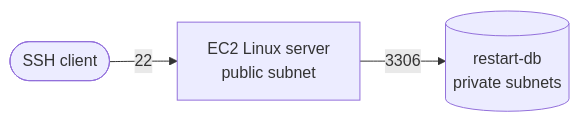
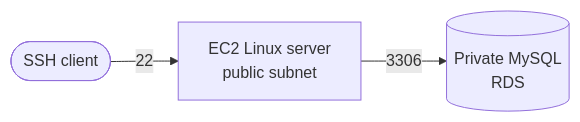
One commit to czekinah/aws-restart-labs changed the diagram in rds-private-mysql/README.md. Above: the diagram before and after it, drawn with Mermaid. The commit also changed other lines of this file and 14 other files, not shown here.

````diff
--- a/rds-private-mysql/README.md
+++ b/rds-private-mysql/README.md
@@ -7,5 +9,5 @@
 ```mermaid
 flowchart LR
     U([SSH client]) -->|22| EC2[EC2 Linux server<br/>public subnet]
-    EC2 -->|3306| RDS[(restart-db<br/>private subnets)]
+    EC2 -->|3306| RDS[(Private MySQL<br/>RDS)]
 ```
````
